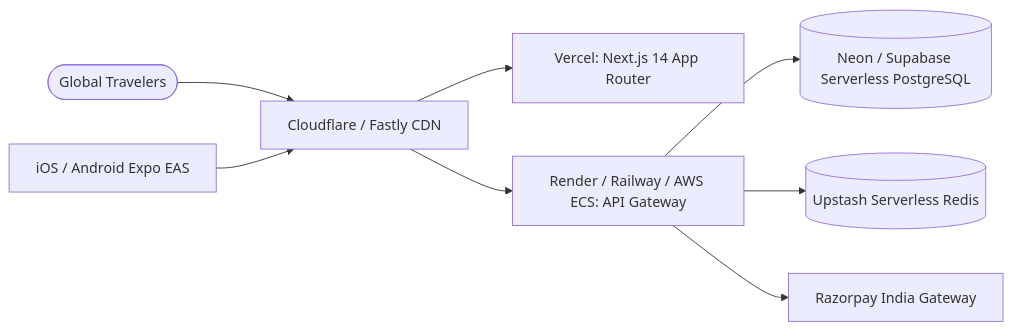
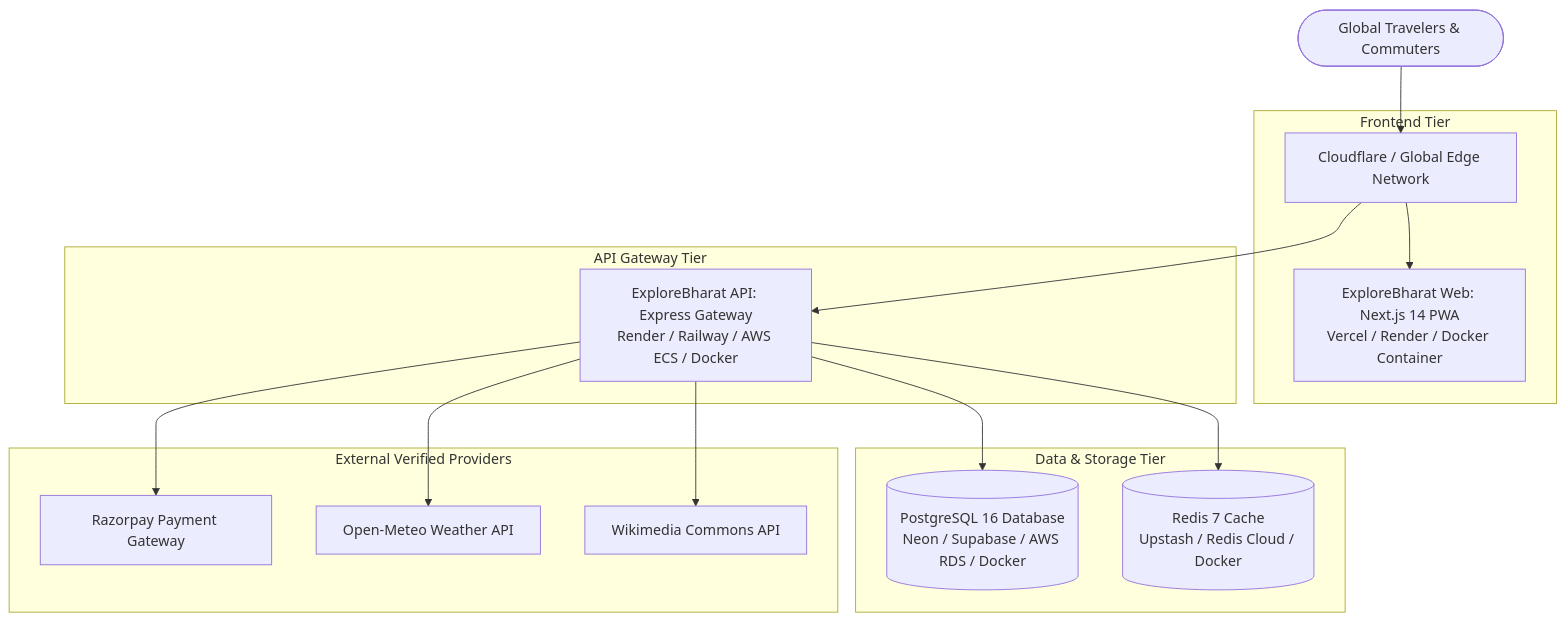
One commit to thamizhan-05/ExploreBharat changed the diagram in DEPLOYMENT.md. Above: the diagram before and after it, drawn with Mermaid. The commit also changed other lines of this file and 7 other files, not shown here.

Commit message:
deploy: add multi-container docker stack, render blueprint, railway, and vercel deployment configs

````diff
--- a/DEPLOYMENT.md
+++ b/DEPLOYMENT.md
@@ -5,11 +9,23 @@
 ```mermaid
-graph LR
-    User([Global Travelers]) --> CDN[Cloudflare / Fastly CDN]
-    CDN --> Web[Vercel: Next.js 14 App Router]
-    CDN --> API[Render / Railway / AWS ECS: API Gateway]
-    MobileApp[iOS / Android Expo EAS] --> CDN
+graph TD
+    User([Global Travelers & Commuters]) --> CDN[Cloudflare / Global Edge Network]
     
-    API --> Neon[(Neon / Supabase Serverless PostgreSQL)]
-    API --> Redis[(Upstash Serverless Redis)]
-    API --> RazorpayAPI[Razorpay India Gateway]
+    subgraph Frontend Tier
+        CDN --> Web[ExploreBharat Web: Next.js 14 PWA<br/>Vercel / Render / Docker Container]
+    end
+
+    subgraph API Gateway Tier
+        CDN --> API[ExploreBharat API: Express Gateway<br/>Render / Railway / AWS ECS / Docker]
+    end
+
+    subgraph Data & Storage Tier
+        API --> DB[(PostgreSQL 16 Database<br/>Neon / Supabase / AWS RDS / Docker)]
+        API --> Redis[(Redis 7 Cache<br/>Upstash / Redis Cloud / Docker)]
+    end
+
+    subgraph External Verified Providers
+        API --> Razorpay[Razorpay Payment Gateway]
+        API --> Weather[Open-Meteo Weather API]
+        API --> Wiki[Wikimedia Commons API]
+    end
 ```
````
